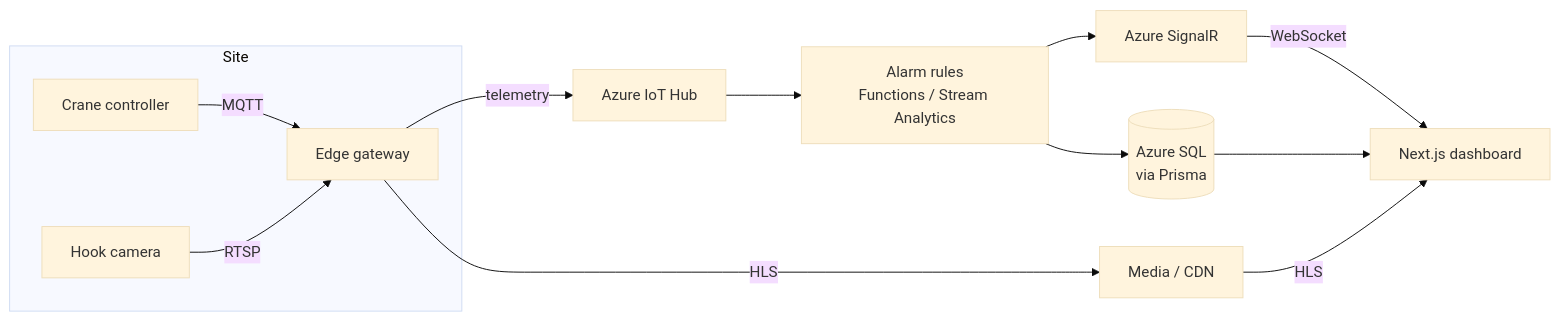
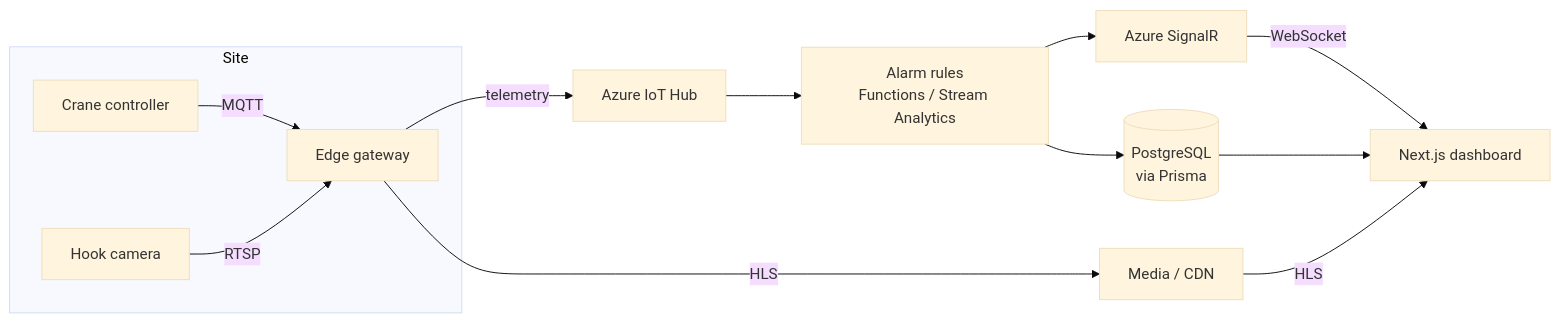
One commit to oRLex/crane-monitor changed the diagram in README.md. Above: the diagram before and after it, drawn with Mermaid (base theme). The commit also changed other lines of this file and 6 other files, not shown here.

First line of the commit message:
Migrate database backend from SQL Server to PostgreSQL

````diff
--- a/README.md
+++ b/README.md
@@ -58,15 +58,15 @@
 ```mermaid
 flowchart LR
   subgraph Site
     C[Crane controller] -->|MQTT| GW[Edge gateway]
     CAM[Hook camera] -->|RTSP| GW
   end
   GW -->|telemetry| IOT[Azure IoT Hub]
   GW -->|HLS| MED[Media / CDN]
   IOT --> FN[Alarm rules<br/>Functions / Stream Analytics]
   FN --> SR[Azure SignalR]
-  FN --> DB[(Azure SQL<br/>via Prisma)]
+  FN --> DB[(PostgreSQL<br/>via Prisma)]
   SR -->|WebSocket| UI[Next.js dashboard]
   MED -->|HLS| UI
   DB --> UI
 ```
````
